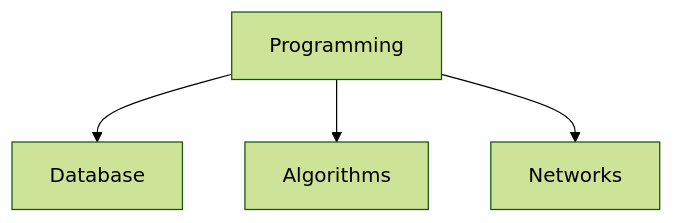
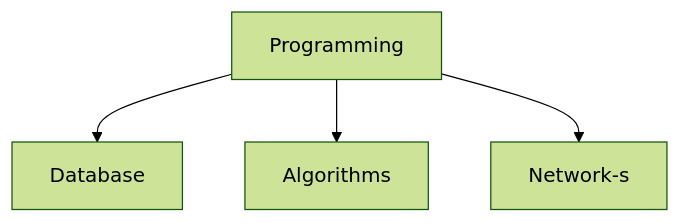
The first of 2 diagrams in README.md (uptimistic/ComputerProgramming), drawn with Mermaid (forest theme) before and after one commit. The commit also changed other lines of this file, not shown here.

````diff
--- a/README.md
+++ b/README.md
@@ -5,7 +5,7 @@
 ```mermaid
 graph TD;
     Programming-->Database;
     Programming-->Algorithms;
-    Programming-->Networks;
+    Programming-->Network-s;
  
 ```
````
